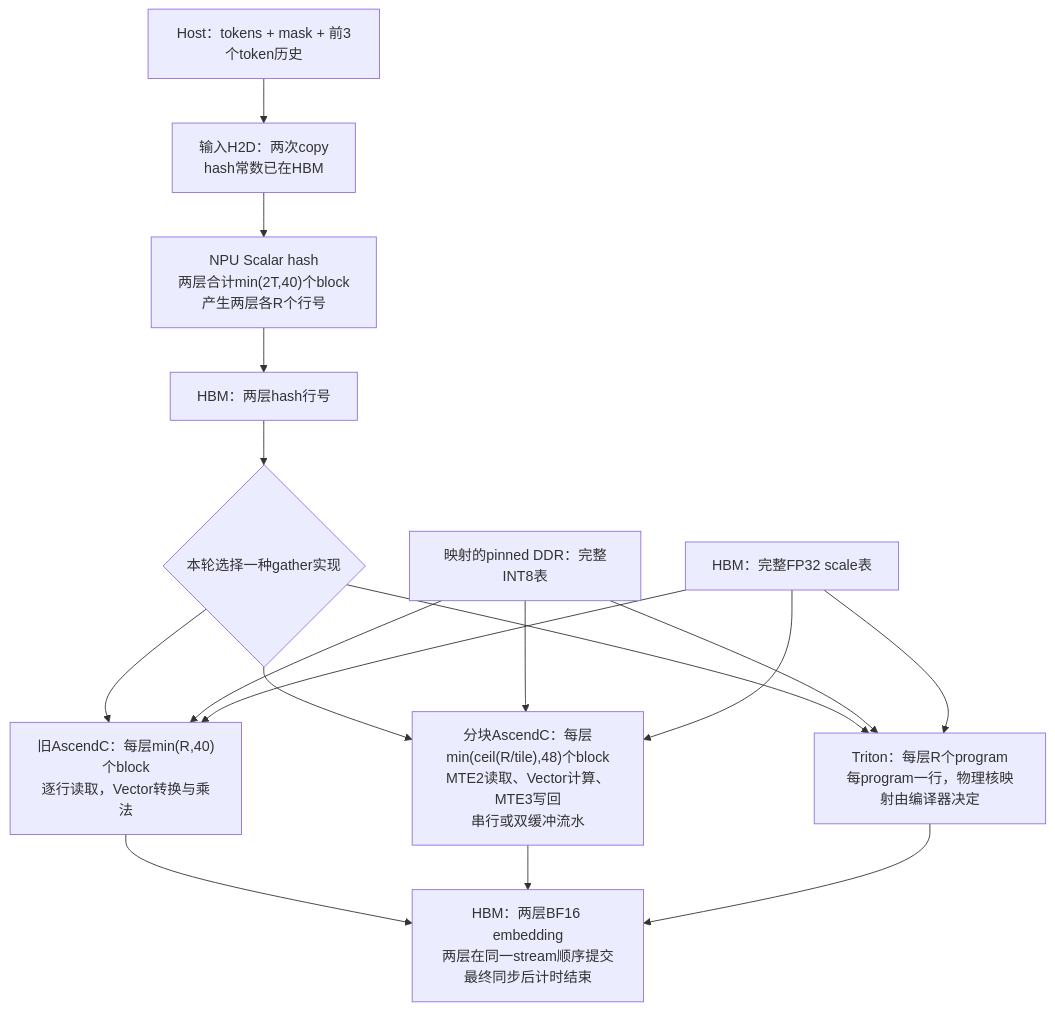
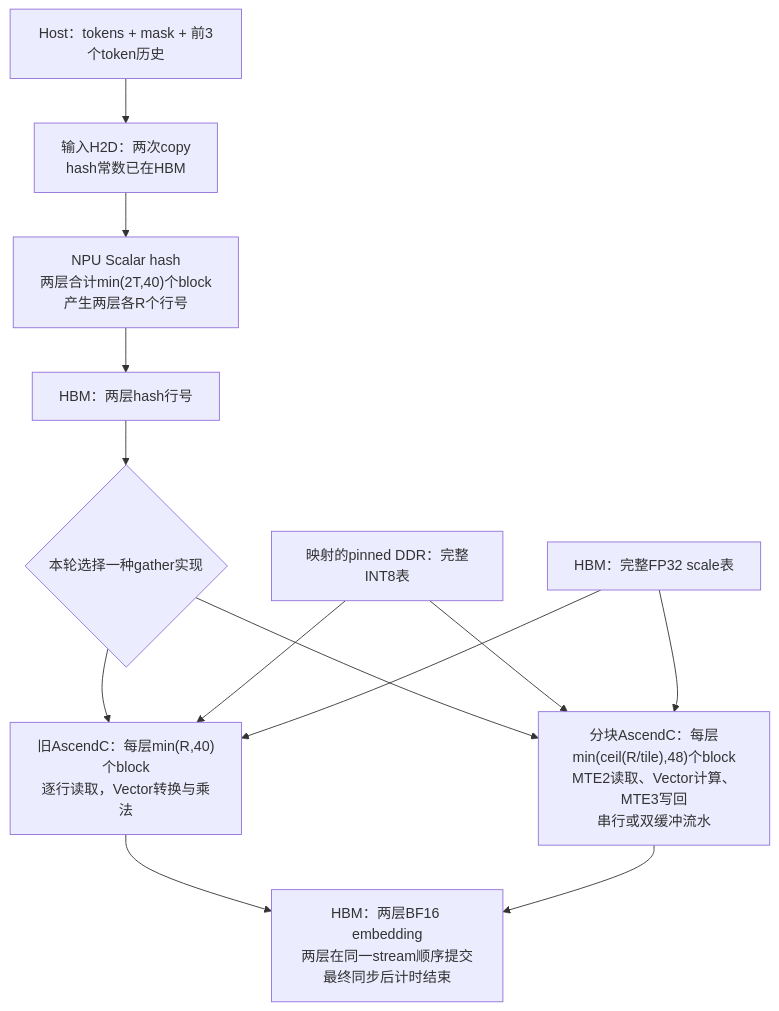
Before and after one commit to hb4ch/ascend-a3-engram-uva: the third of 4 diagrams in README.md, drawn with Mermaid. The commit also changed other lines of this file and 1 other file, not shown here.

Commit message:
Separate upstream Triton UVA scenario and document adapter boundary

````diff
--- a/README.md
+++ b/README.md
@@ -104,19 +103,15 @@
 ```mermaid
 flowchart TD
     A["Host：tokens + mask + 前3个token历史"] --> B["输入H2D：两次copy<br/>hash常数已在HBM"]
     B --> C["NPU Scalar hash<br/>两层合计min(2T,40)个block<br/>产生两层各R个行号"]
     C --> H["HBM：两层hash行号"]
     H --> K{"本轮选择一种gather实现"}
     K --> O["旧AscendC：每层min(R,40)个block<br/>逐行读取，Vector转换与乘法"]
     K --> P["分块AscendC：每层min(ceil(R/tile),48)个block<br/>MTE2读取、Vector计算、MTE3写回<br/>串行或双缓冲流水"]
-    K --> Q["Triton：每层R个program<br/>每program一行，物理核映射由编译器决定"]
     W["映射的pinned DDR：完整INT8表"] --> O
     W --> P
-    W --> Q
     S["HBM：完整FP32 scale表"] --> O
     S --> P
-    S --> Q
     O --> Z["HBM：两层BF16 embedding<br/>两层在同一stream顺序提交<br/>最终同步后计时结束"]
     P --> Z
-    Q --> Z
 ```
````
